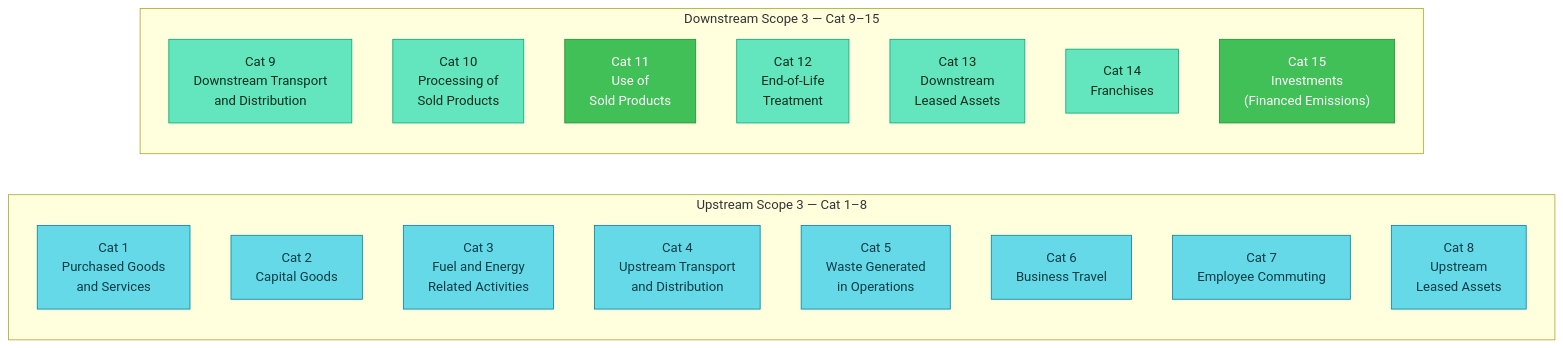
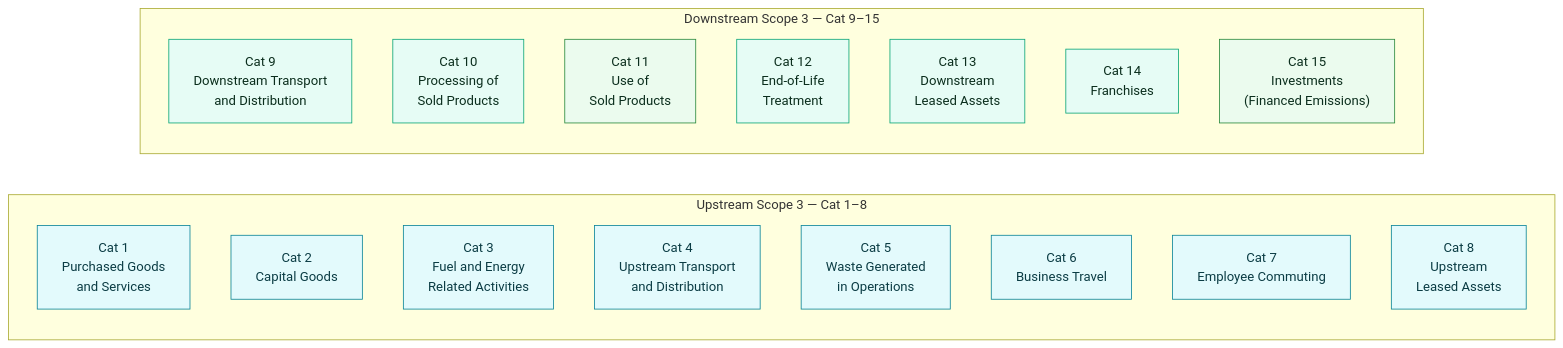
One commit to co3org/Scope3-Challenge changed the second of 6 diagrams in docs/01_scope3_fundamentals.md. Above: the diagram before and after it, drawn with Mermaid. The commit also changed other lines of this file and 11 other files, not shown here.

First line of the commit message:
Soft diagram palette and trim text-wall node labels

````diff
--- a/docs/01_scope3_fundamentals.md
+++ b/docs/01_scope3_fundamentals.md
@@ -68,33 +68,33 @@
 ```mermaid
 flowchart LR
-    classDef up fill:#66d9e8,stroke:#0c8599,color:#0b3c44;
-    classDef down fill:#63e6be,stroke:#0ca678,color:#0b2e1d;
-    classDef s3 fill:#40c057,stroke:#2b8a3e,color:#fff;
+    classDef up fill:#e3fafc,stroke:#0c8599,color:#0b3c44;
+    classDef down fill:#e6fcf5,stroke:#0ca678,color:#0b2e1d;
+    classDef s3 fill:#ebfbee,stroke:#2b8a3e,color:#0b2e1d;
 
     subgraph US["Upstream Scope 3 — Cat 1–8"]
         direction TB
         C1["Cat 1\nPurchased Goods\nand Services"]
         C2["Cat 2\nCapital Goods"]
         C3["Cat 3\nFuel and Energy\nRelated Activities"]
         C4["Cat 4\nUpstream Transport\nand Distribution"]
         C5["Cat 5\nWaste Generated\nin Operations"]
         C6["Cat 6\nBusiness Travel"]
         C7["Cat 7\nEmployee Commuting"]
         C8["Cat 8\nUpstream\nLeased Assets"]
     end
 
     subgraph DS["Downstream Scope 3 — Cat 9–15"]
         direction TB
         C9["Cat 9\nDownstream Transport\nand Distribution"]
         C10["Cat 10\nProcessing of\nSold Products"]
         C11["Cat 11\nUse of\nSold Products"]
         C12["Cat 12\nEnd-of-Life\nTreatment"]
         C13["Cat 13\nDownstream\nLeased Assets"]
         C14["Cat 14\nFranchises"]
         C15["Cat 15\nInvestments\n(Financed Emissions)"]
     end
 
     class C1,C2,C3,C4,C5,C6,C7,C8 up;
     class C9,C10,C12,C13,C14 down;
     class C11,C15 s3;
 ```
````
